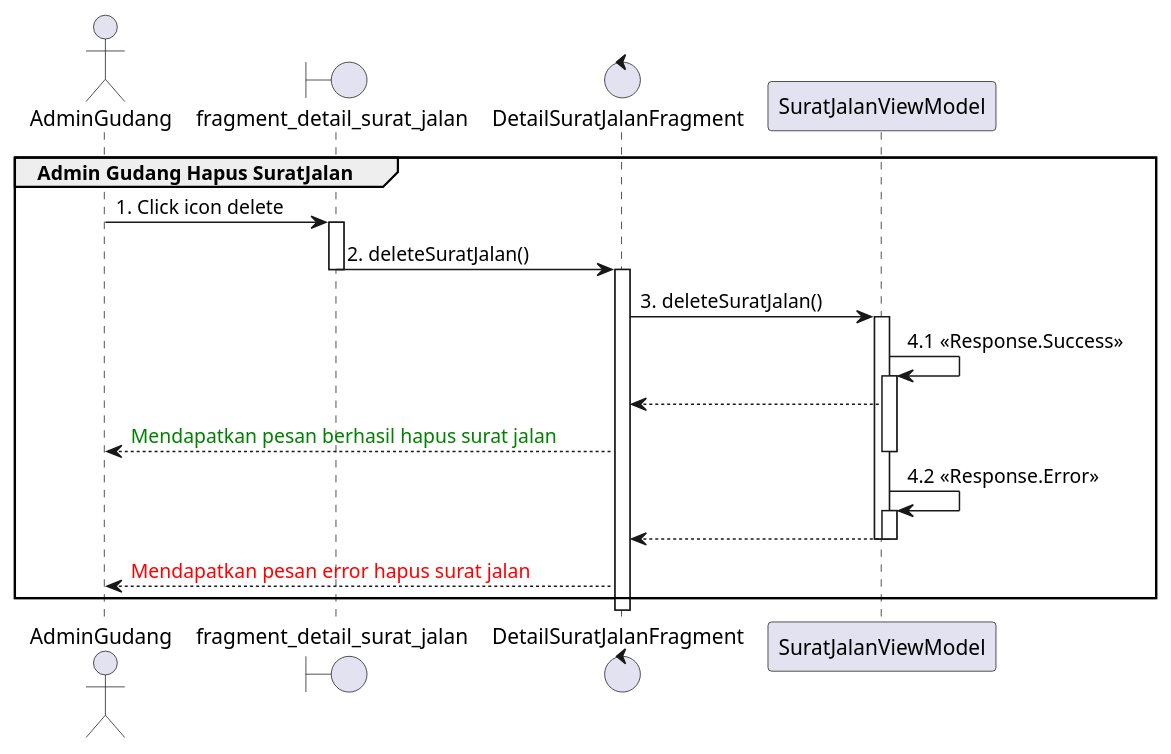
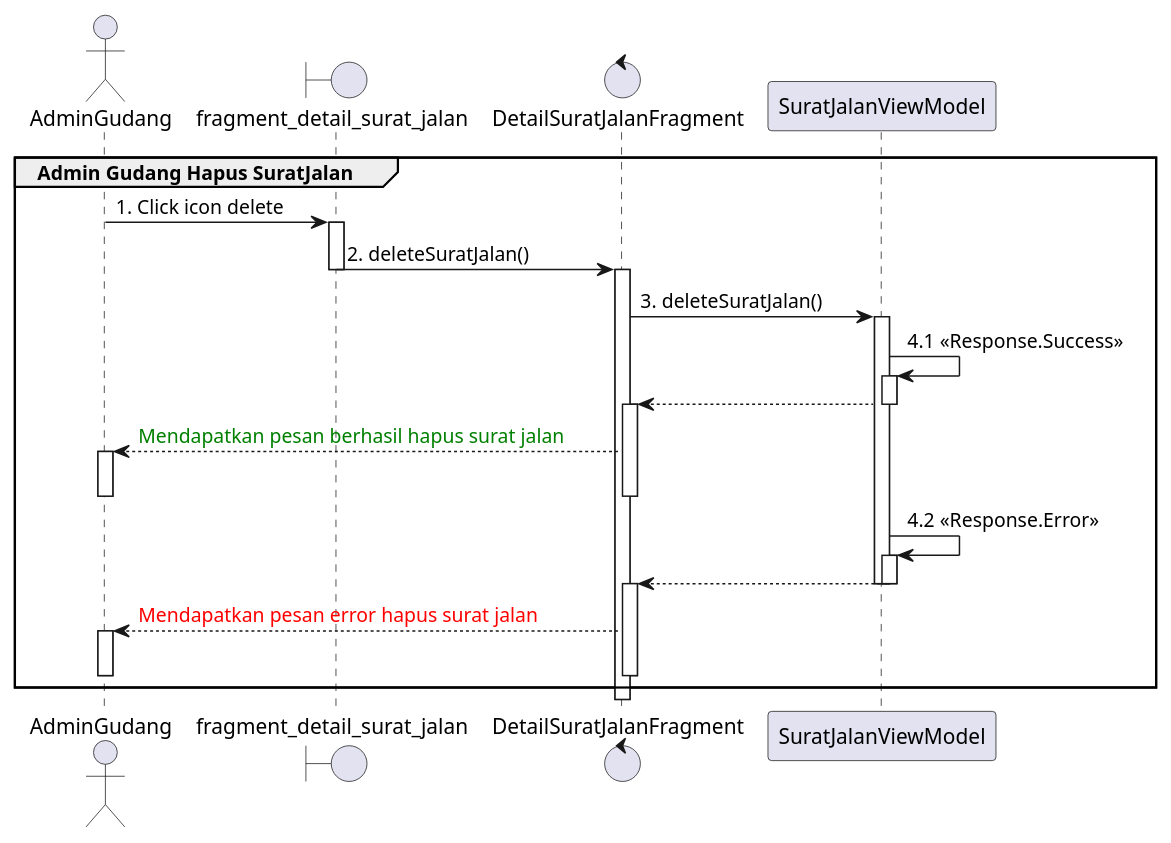
The diagram in app/src/main/java/com/android/burdacontractor/diagram/sequencediagram/HapusSuratJalanSequence.puml (Pangeranmw/BurdaContractorAndroid), drawn with PlantUML before and after one commit. The commit also changed 33 other files, not shown here.

Commit message:
Sequence Diagram Done

```diff
--- a/app/src/main/java/com/android/burdacontractor/diagram/sequencediagram/HapusSuratJalanSequence.puml
+++ b/app/src/main/java/com/android/burdacontractor/diagram/sequencediagram/HapusSuratJalanSequence.puml
@@ -1,35 +1,42 @@
 @startuml
 'https://plantuml.com/sequence-diagram
 
 group Admin Gudang Hapus SuratJalan
     actor       AdminGudang
     boundary    fragment_detail_surat_jalan
     control     DetailSuratJalanFragment
 
     AdminGudang -> fragment_detail_surat_jalan : 1. Click icon delete
     activate fragment_detail_surat_jalan
 
     fragment_detail_surat_jalan -> DetailSuratJalanFragment : 2. deleteSuratJalan()
     deactivate fragment_detail_surat_jalan
 
     activate DetailSuratJalanFragment
     DetailSuratJalanFragment -> SuratJalanViewModel : 3. deleteSuratJalan()
     activate SuratJalanViewModel
     SuratJalanViewModel -> SuratJalanViewModel : 4.1 <<Response.Success>>
     activate SuratJalanViewModel
     DetailSuratJalanFragment <-- SuratJalanViewModel
+    deactivate SuratJalanViewModel
+    activate DetailSuratJalanFragment
     AdminGudang <-- DetailSuratJalanFragment :  <font color=green>Mendapatkan pesan berhasil hapus surat jalan
-    deactivate SuratJalanViewModel
+    activate AdminGudang
+    deactivate DetailSuratJalanFragment
+    deactivate AdminGudang
 
     SuratJalanViewModel -> SuratJalanViewModel : 4.2 <<Response.Error>>
     activate SuratJalanViewModel
 
     DetailSuratJalanFragment <-- SuratJalanViewModel
 
     deactivate SuratJalanViewModel
     deactivate SuratJalanViewModel
 
+    activate DetailSuratJalanFragment
     AdminGudang <-- DetailSuratJalanFragment : <font color=red>Mendapatkan pesan error hapus surat jalan
-
+    activate AdminGudang
+    deactivate DetailSuratJalanFragment
+    deactivate AdminGudang
 end
 @enduml
```
